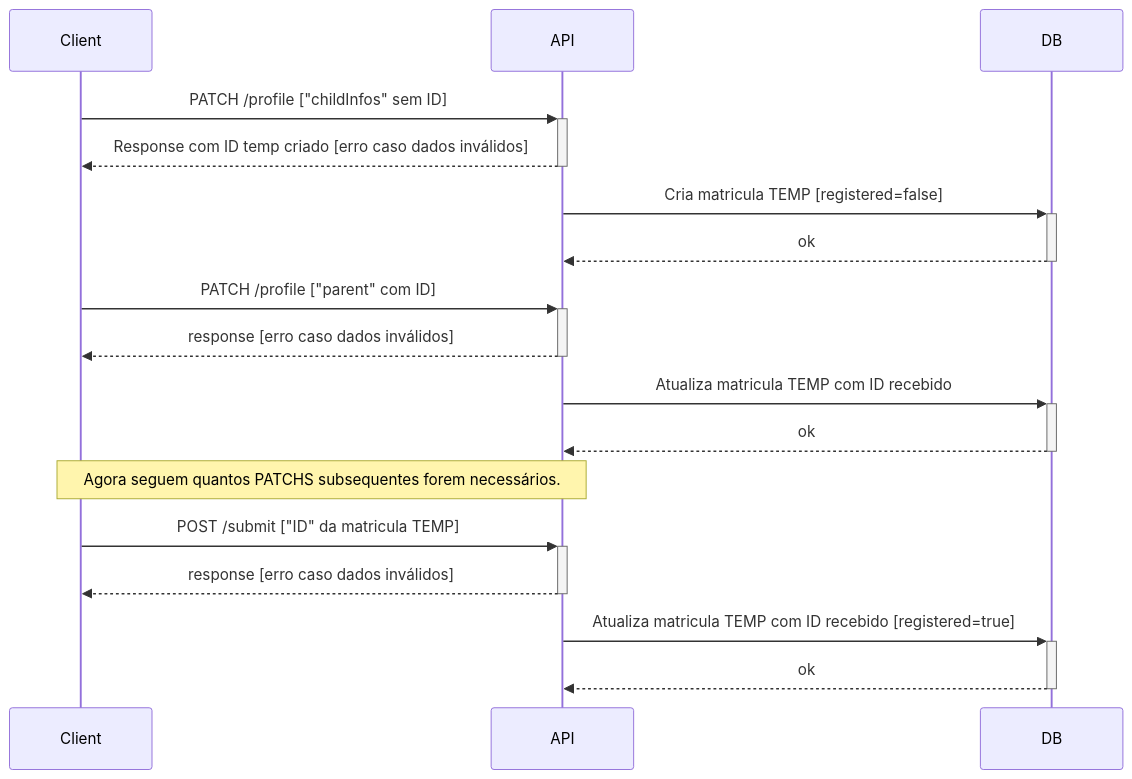
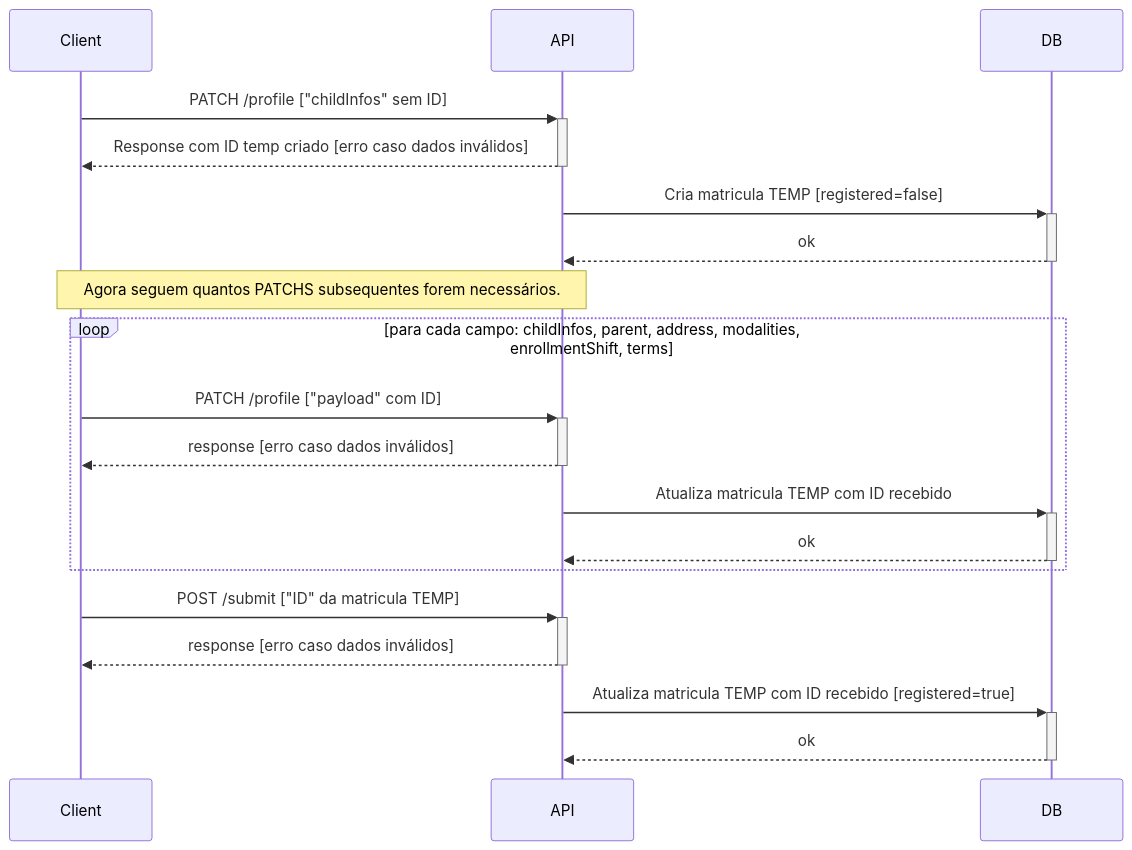
The first of 2 diagrams in README.md (yuri-potatoq/generic-profile), drawn with Mermaid before and after one commit.

Commit message:
feat: update api flow diagram

````diff
--- a/README.md
+++ b/README.md
@@ -12,26 +12,27 @@
 ```mermaid
 sequenceDiagram
     %% primeiro patch para criar nova matricula
     Client->>+API: PATCH /profile ["childInfos" sem ID]
 
     API-->>-Client: Response com ID temp criado [erro caso dados inválidos]
 
     API->>+DB: Cria matricula TEMP [registered=false]
     DB-->>-API: ok
 
     %% patch para atualizar os dados
-    Client->>+API: PATCH /profile ["parent" com ID]
-    API-->>-Client: response [erro caso dados inválidos]
+    Note over Client,API: Agora seguem quantos PATCHS subsequentes forem necessários.
+    loop para cada campo: childInfos, parent, address, modalities, enrollmentShift, terms
+        Client->>+API: PATCH /profile ["payload" com ID]
+        API-->>-Client: response [erro caso dados inválidos]
 
-    API->>+DB: Atualiza matricula TEMP com ID recebido
-    DB-->>-API: ok
-
-    Note over Client,API: Agora seguem quantos PATCHS subsequentes forem necessários.
+        API->>+DB: Atualiza matricula TEMP com ID recebido
+        DB-->>-API: ok
+    end
 
     %% Submit da matricula
     Client->>+API: POST /submit ["ID" da matricula TEMP]
     API-->>-Client: response [erro caso dados inválidos]
 
     API->>+DB: Atualiza matricula TEMP com ID recebido [registered=true]
     DB-->>-API: ok
 ```
````
